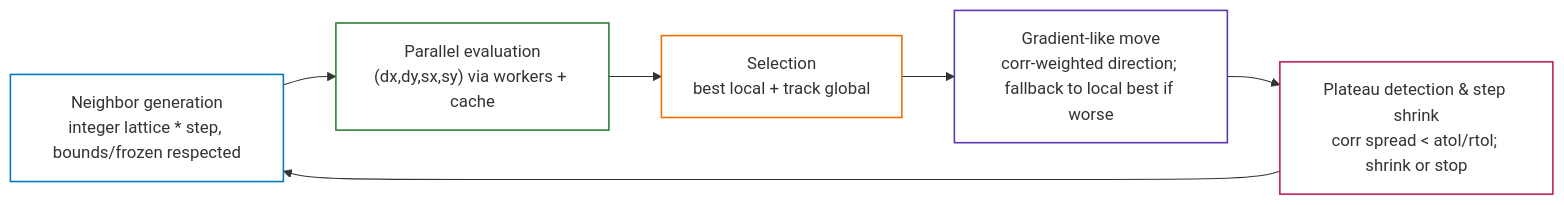
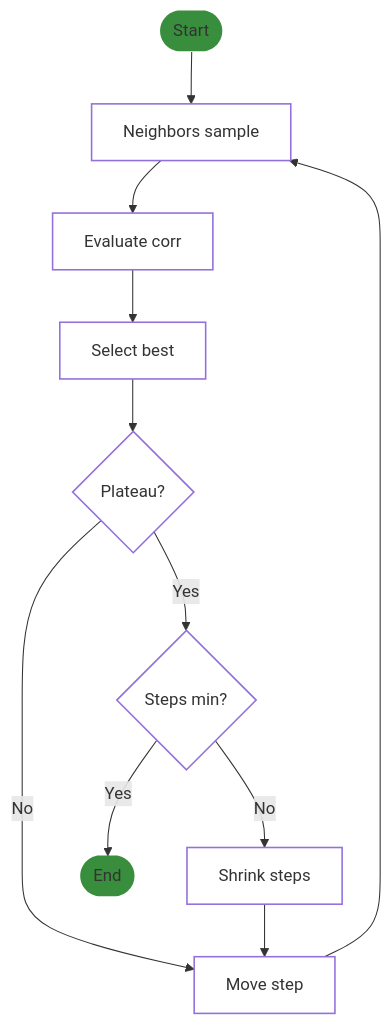
Before and after one commit to slimguat/SunXCorr: the second of 2 diagrams in README.md, drawn with Mermaid. The commit also changed other lines of this file, not shown here.

Commit message:
Refine README diagrams and optimizer flow styling

````diff
--- a/README.md
+++ b/README.md
@@ -54,14 +77,21 @@
 ```mermaid
-flowchart LR
-  classDef gen fill:#00000000,stroke:#0277bd,stroke-width:1.5px;
-  classDef eval fill:#00000000,stroke:#2e7d32,stroke-width:1.5px;
-  classDef select fill:#00000000,stroke:#ef6c00,stroke-width:1.5px;
-  classDef move fill:#00000000,stroke:#5e35b1,stroke-width:1.5px;
-  classDef plateau fill:#00000000,stroke:#c2185b,stroke-width:1.5px;
-  A["Neighbor generation<br/>integer lattice * step, bounds/frozen respected"]:::gen
-  B["Parallel evaluation<br/>(dx,dy,sx,sy) via workers + cache"]:::eval
-  C["Selection<br/>best local + track global"]:::select
-  D["Gradient-like move<br/>corr-weighted direction; fallback to local best if worse"]:::move
-  E["Plateau detection & step shrink<br/>corr spread < atol/rtol; shrink or stop"]:::plateau
-  A --> B --> C --> D --> E --> A
+flowchart TD
+  %% Styles
+  classDef gen fill:#00000000,stroke-width:1.5px;
+  classDef eval fill:#00000000,stroke-width:1.5px;
+  classDef select fill:#00000000,stroke-width:1.5px;
+  classDef move fill:#00000000,stroke-width:1.5px;
+  classDef plateau fill:#00000000,stroke-width:1.5px;
+  classDef startend fill:#388e3c,stroke:transparent,stroke-width:0px,rx:12,ry:12;
+  classDef decision fill:#00000000,stroke-width:1.5px,shape:diamond;
+
+  S([Start]):::startend --> A["Neighbors sample"]:::gen
+  A --> B["Evaluate corr"]:::eval
+  B --> C["Select best"]:::select
+  C --> E{"Plateau?"}:::decision
+  E -->|No| D["Move step"]:::move
+  E -->|Yes| E2{"Steps min?"}:::decision
+  E2 -->|Yes| E3([End]):::startend
+  E2 -->|No| E4["Shrink steps"]:::plateau --> D
+  D --> A
 ```
````
